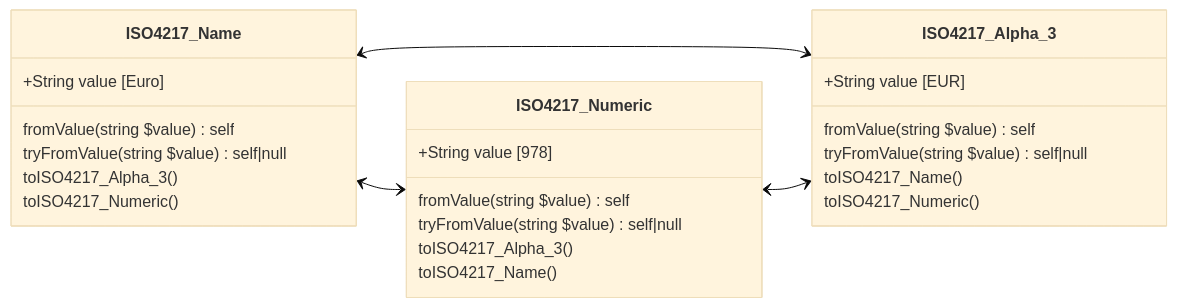
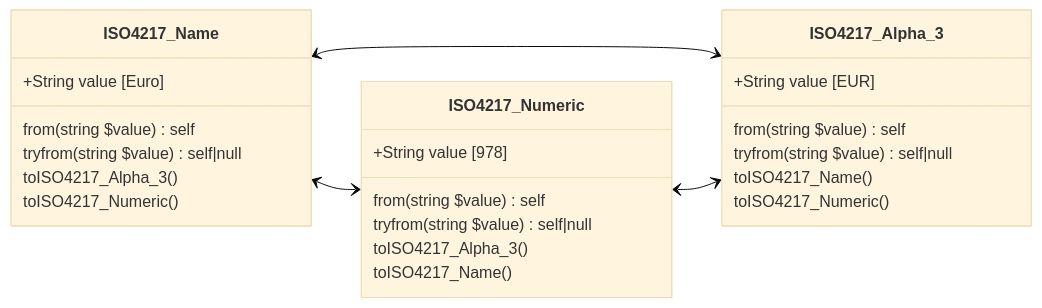
Before and after one commit to PrinsFrank/standards: the second of 4 diagrams in README.md, drawn with Mermaid (base theme). The commit also changed other lines of this file, not shown here.

Commit message:
Fix incorrect native method name in class diagrams

````diff
--- a/README.md
+++ b/README.md
@@ -108,29 +108,29 @@
 ```mermaid
 classDiagram
     direction LR
     class ISO4217_Alpha_3 {
         +String value [EUR]
-        fromValue(string $value) self
-        tryFromValue(string $value) self|null
+        from(string $value) self
+        tryfrom(string $value) self|null
         toISO4217_Name()
         toISO4217_Numeric()
     }
     class ISO4217_Name {
         +String value [Euro]
-        fromValue(string $value) self
-        tryFromValue(string $value) self|null
+        from(string $value) self
+        tryfrom(string $value) self|null
         toISO4217_Alpha_3()
         toISO4217_Numeric()
     }
     class ISO4217_Numeric {
         +String value [978]
-        fromValue(string $value) self
-        tryFromValue(string $value) self|null
+        from(string $value) self
+        tryfrom(string $value) self|null
         toISO4217_Alpha_3()
         toISO4217_Name()
     }
     
     ISO4217_Name <--> ISO4217_Numeric
     ISO4217_Name <--> ISO4217_Alpha_3
     ISO4217_Numeric <--> ISO4217_Alpha_3
 ```
````
